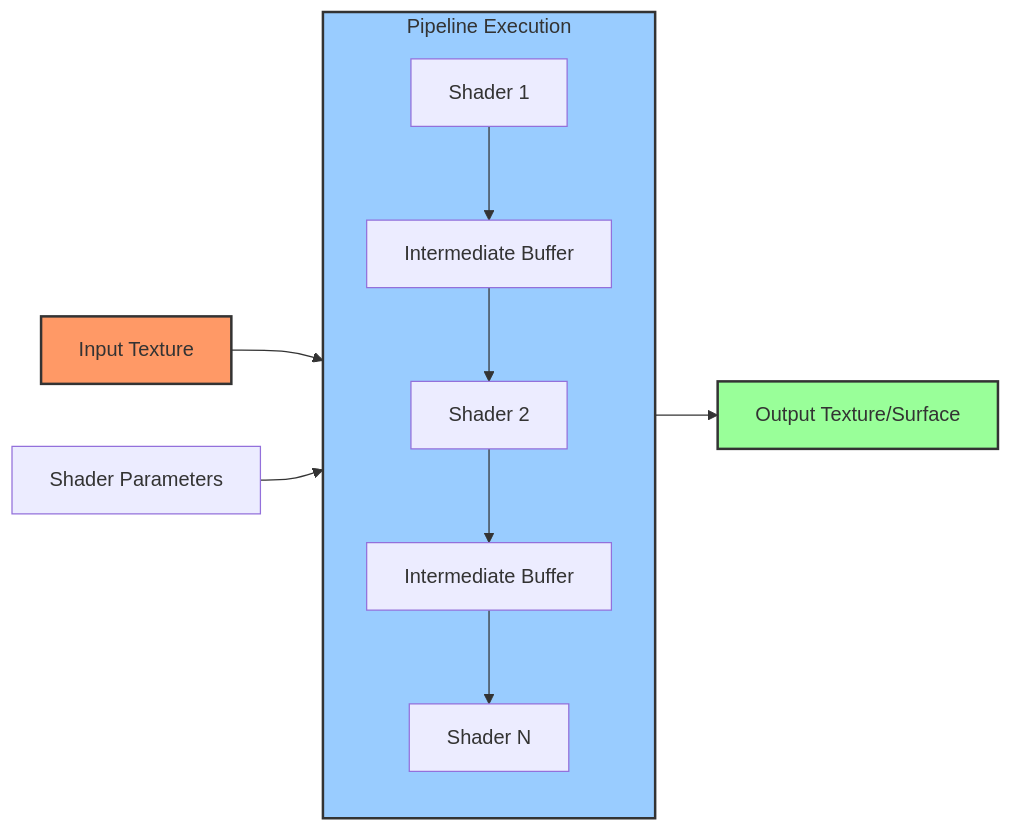
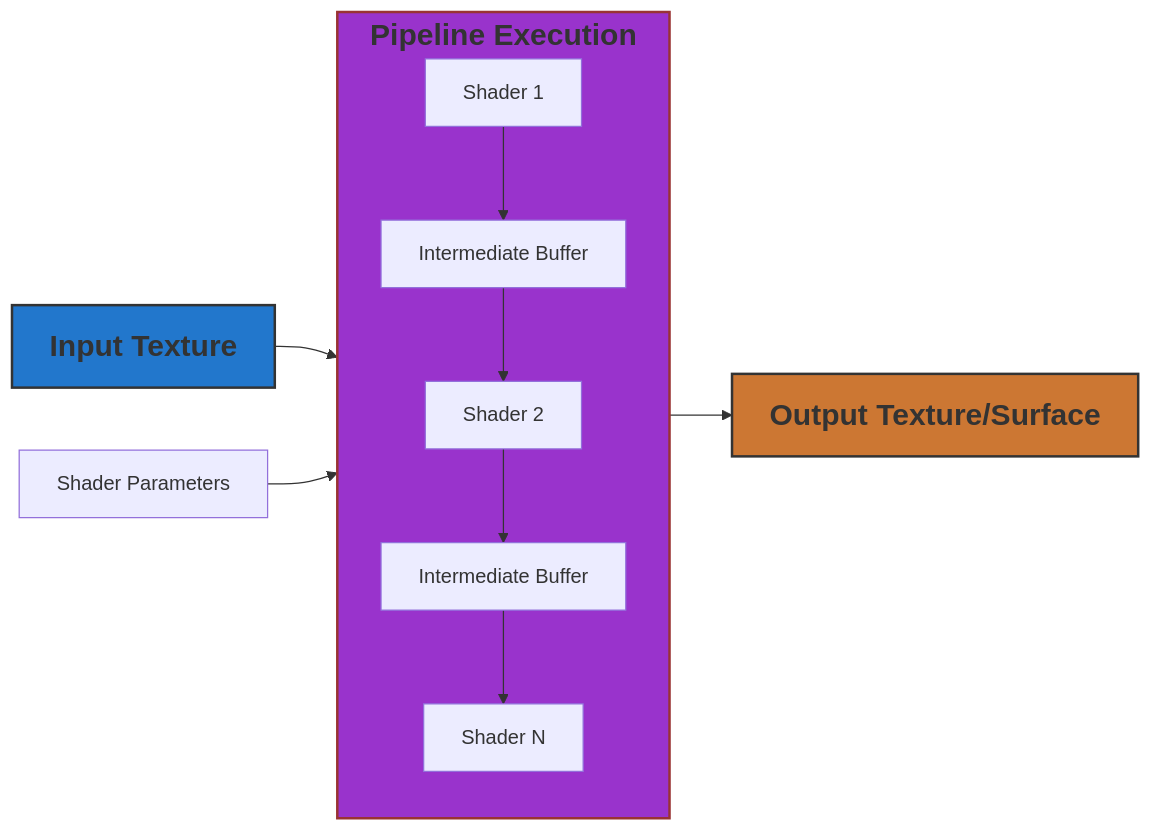
The second of 2 diagrams in doc_website/docs/introduction/architecture-overview.md (cardinalblue/android-kraft-shade), drawn with Mermaid before and after one commit. The commit also changed other lines of this file and 1 other file, not shown here.

Commit message:
doc: Remove class diagrams

````diff
--- a/doc_website/docs/introduction/architecture-overview.md
+++ b/doc_website/docs/introduction/architecture-overview.md
@@ -261,23 +218,23 @@
 ```mermaid
 flowchart LR
-    classDef input fill:#f96,stroke:#333,stroke-width:2px
-    classDef process fill:#9cf,stroke:#333,stroke-width:2px
-    classDef output fill:#9f9,stroke:#333,stroke-width:2px
+    classDef input fill:#27c,stroke:#333,stroke-width:2px,font-size:24px,font-weight:bold,white-space: nowrap
+    classDef process fill:#93c,stroke:#933,stroke-width:2px,font-size:24px,font-weight:bold,white-space: nowrap
+    classDef output fill:#c73,stroke:#333,stroke-width:2px,font-size:24px,font-weight:bold,white-space: nowrap
     
     Input[Input Texture] --> Pipeline
     Params[Shader Parameters] --> Pipeline
     
     subgraph Pipeline["Pipeline Execution"]
         direction TB
         Shader1[Shader 1] --> Buffer1[Intermediate Buffer]
         Buffer1 --> Shader2[Shader 2]
         Shader2 --> Buffer2[Intermediate Buffer]
         Buffer2 --> ShaderN[Shader N]
     end
     
     Pipeline --> Output[Output Texture/Surface]
     
     class Input input
     class Pipeline process
     class Output output
 ```
````
